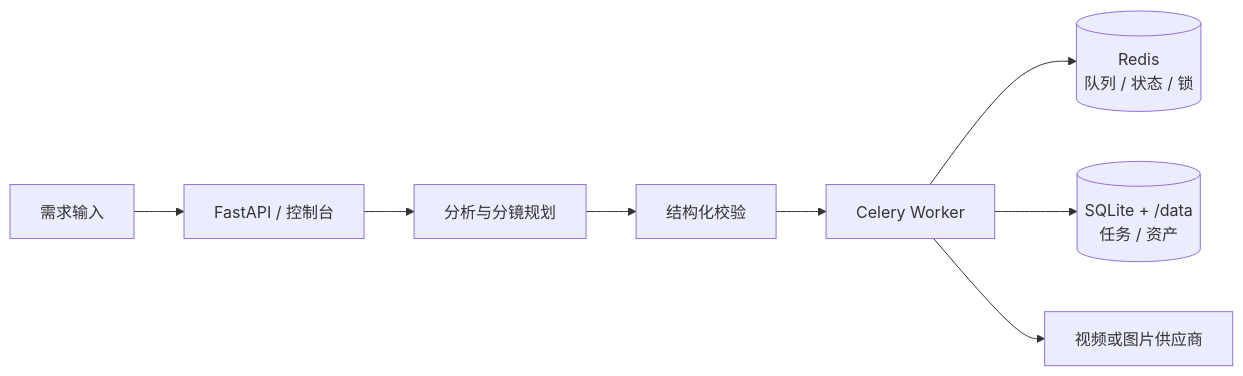
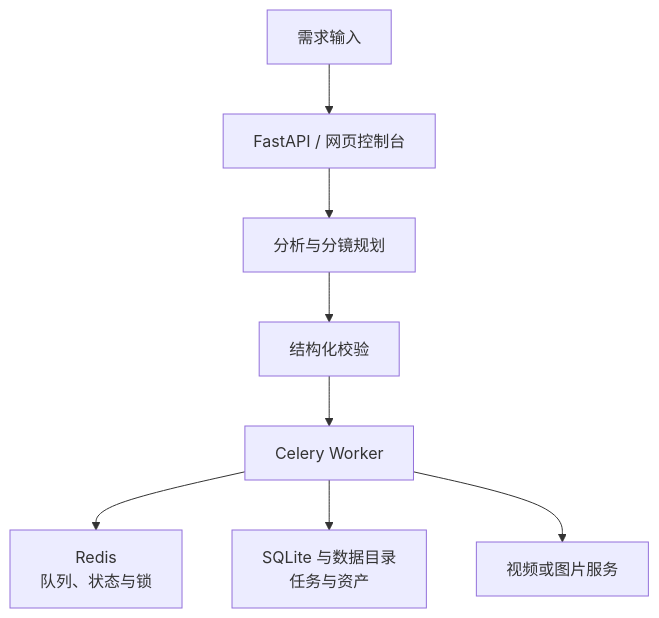
One commit to baiqijun233/MultimodalCreativeAgent changed the diagram in README.md. Above: the diagram before and after it, drawn with Mermaid. The commit also changed other lines of this file, not shown here.

Commit message:
docs: polish README and fix Mermaid rendering

````diff
--- a/README.md
+++ b/README.md
@@ -50,10 +66,10 @@
 ```mermaid
-flowchart LR
-    A[需求输入] --> B[FastAPI / 控制台]
-    B --> C[分析与分镜规划]
-    C --> D[结构化校验]
-    D --> E[Celery Worker]
-    E --> F[(Redis\n队列 / 状态 / 锁)]
-    E --> G[(SQLite + /data\n任务 / 资产)]
-    E --> H[视频或图片供应商]
+flowchart TB
+    A["需求输入"] --> B["FastAPI / 网页控制台"]
+    B --> C["分析与分镜规划"]
+    C --> D["结构化校验"]
+    D --> E["Celery Worker"]
+    E --> F["Redis<br/>队列、状态与锁"]
+    E --> G["SQLite 与数据目录<br/>任务与资产"]
+    E --> H["视频或图片服务"]
 ```
````
